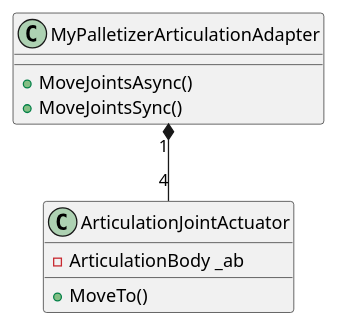
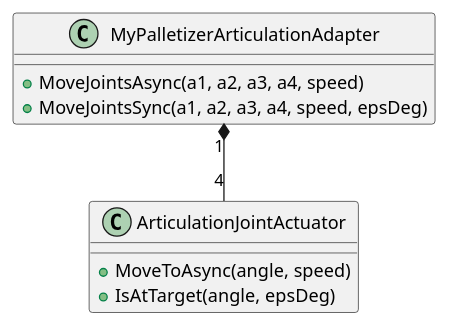
One commit to Stonehouse1703/DigitalTwin-for-MyPalletizer-UnityVersion changed the sixth of 7 diagrams in docs/asciidoc/chapters/05_building_block_view.adoc. Above: the diagram before and after it, drawn with PlantUML. The commit also changed other lines of this file, not shown here.

Commit message:
Refine building block view documentation: enhance clarity of system architecture, component roles, and communication protocols

```diff
--- a/docs/asciidoc/chapters/05_building_block_view.adoc
+++ b/docs/asciidoc/chapters/05_building_block_view.adoc
@@ -88,16 +279,16 @@
 [plantuml, target="diagram-joints-l3", format="png"]
 ----
 @startuml
 class MyPalletizerArticulationAdapter {
-    + MoveJointsAsync()
-    + MoveJointsSync()
+    + MoveJointsAsync(a1, a2, a3, a4, speed)
+    + MoveJointsSync(a1, a2, a3, a4, speed, epsDeg)
 }
 
 class ArticulationJointActuator {
-    - ArticulationBody _ab
-    + MoveTo()
+    + MoveToAsync(angle, speed)
+    + IsAtTarget(angle, epsDeg)
 }
 
 MyPalletizerArticulationAdapter "1" *-- "4" ArticulationJointActuator
 @enduml
 ----
```
